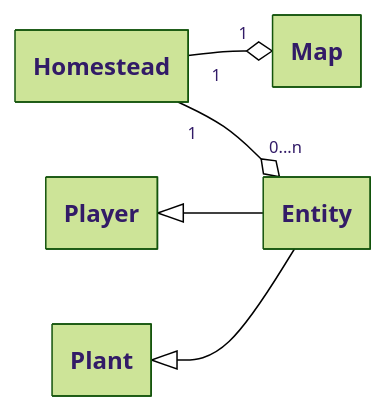
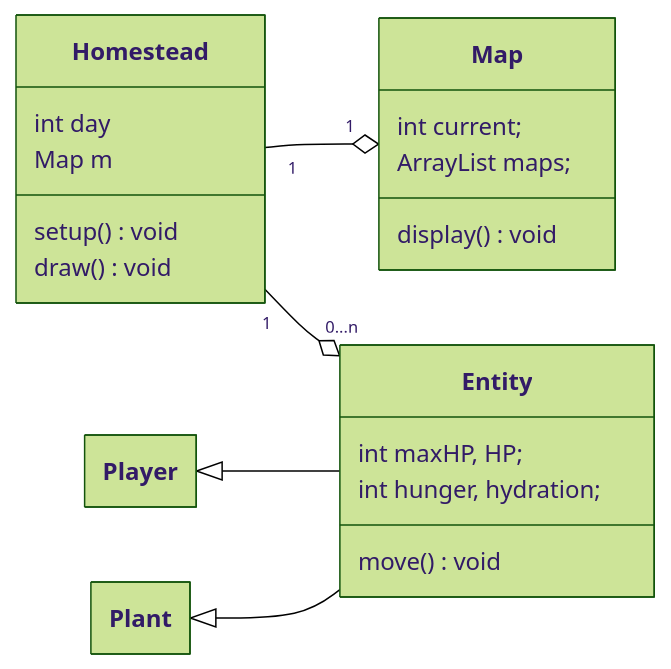
The diagram in README.md (alisherturakulov/homestead), drawn with Mermaid (forest theme) before and after one commit. The commit also changed 3 other files, not shown here.

Commit message:
setup Homestead, Map, and Entity classes

````diff
--- a/README.md
+++ b/README.md
@@ -15,17 +15,35 @@
 ```mermaid
 ---
 config:
   class:
     hideEmptyMembersBox: true
 ---
 classDiagram
 direction LR
 
+class Homestead{
+	int day
+	Map m
+	setup() void
+	draw() void
+}
+
+class Map{
+	int current;
+	ArrayList<String> maps;
+	display() void
+}
+
+class Entity{
+	int maxHP, HP;
+	int hunger, hydration;
+	move() void
+}
 
 Homestead "1" --o "1" Map 
 Homestead "1" --o "0...n" Entity
 Player <|--Entity
 Plant <|-- Entity
 
 
 ```
````
